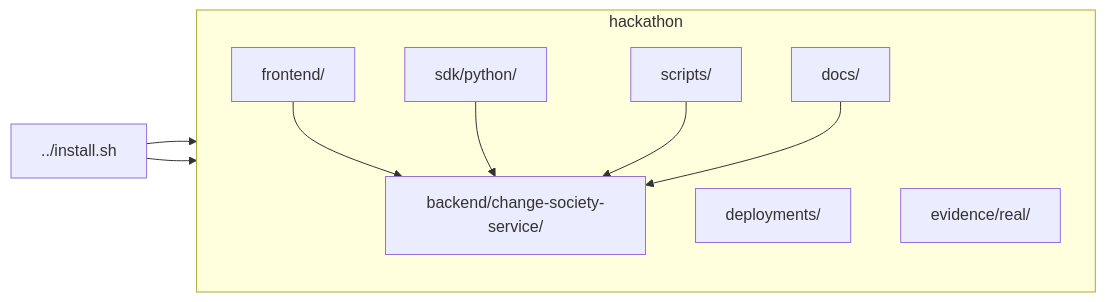
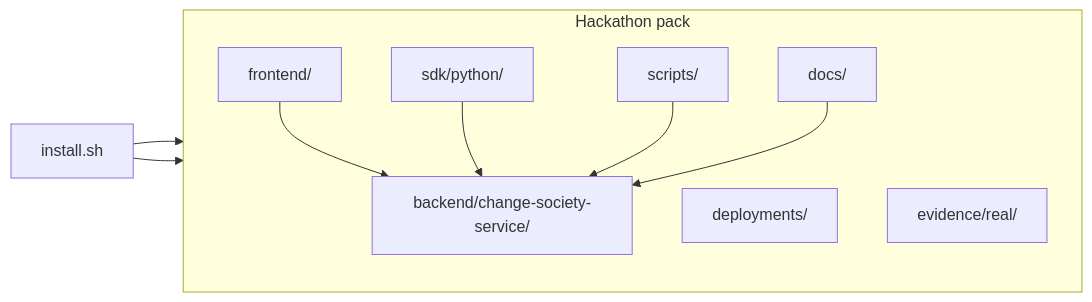
Before and after one commit to Sepideh-Asadollahi/AgentCore-Hackathon: the first of 2 diagrams in README.md, drawn with Mermaid. The commit also changed other lines of this file and 2 other files, not shown here.

Commit message:
chore: sync Change Society hackathon submission

````diff
--- a/README.md
+++ b/README.md
@@ -33,20 +52,20 @@
 ```mermaid
 flowchart LR
-  subgraph hackathon
+  subgraph pack["Hackathon pack"]
     direction TB
     docs["docs/"]
     be["backend/change-society-service/"]
     fe["frontend/"]
     sdk["sdk/python/"]
     scripts["scripts/"]
     deploy["deployments/"]
     ev["evidence/real/"]
   end
 
-  install["../install.sh"] --> be
+  install["install.sh"] --> be
   install --> fe
   fe --> be
   sdk --> be
   scripts --> be
   docs --> be
 ```
````
